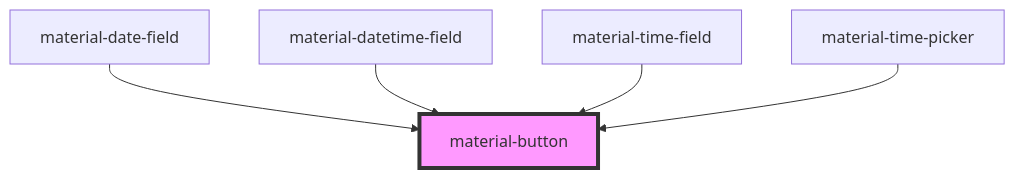
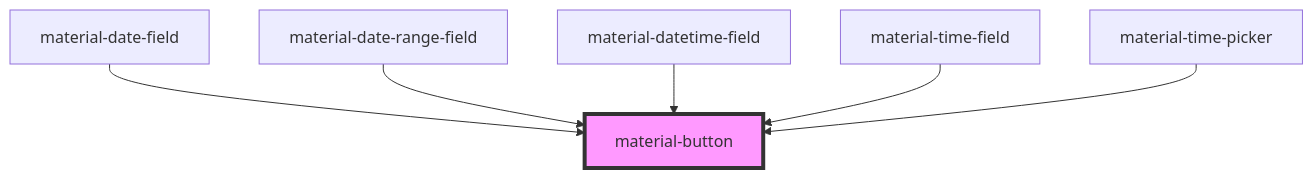
One commit to RobustaRush/material changed the diagram in src/components/material-button/readme.md. Above: the diagram before and after it, drawn with Mermaid. The commit also changed other lines of this file and 11 other files, not shown here.

First line of the commit message:
feat(calendar,date-range-field): range selection + date range picker field

````diff
--- a/src/components/material-button/readme.md
+++ b/src/components/material-button/readme.md
@@ -58,8 +59,9 @@
 ```mermaid
 graph TD;
   material-date-field --> material-button
+  material-date-range-field --> material-button
   material-datetime-field --> material-button
   material-time-field --> material-button
   material-time-picker --> material-button
   style material-button fill:#f9f,stroke:#333,stroke-width:4px
 ```
````
